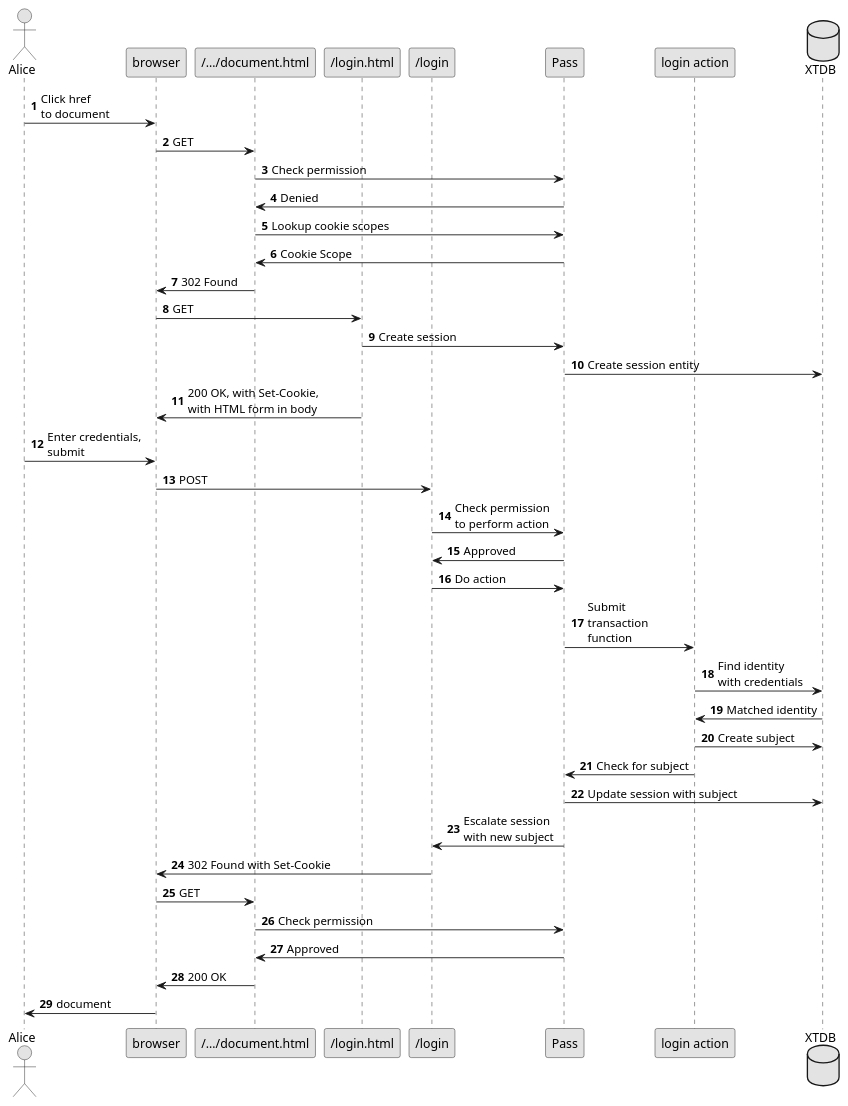
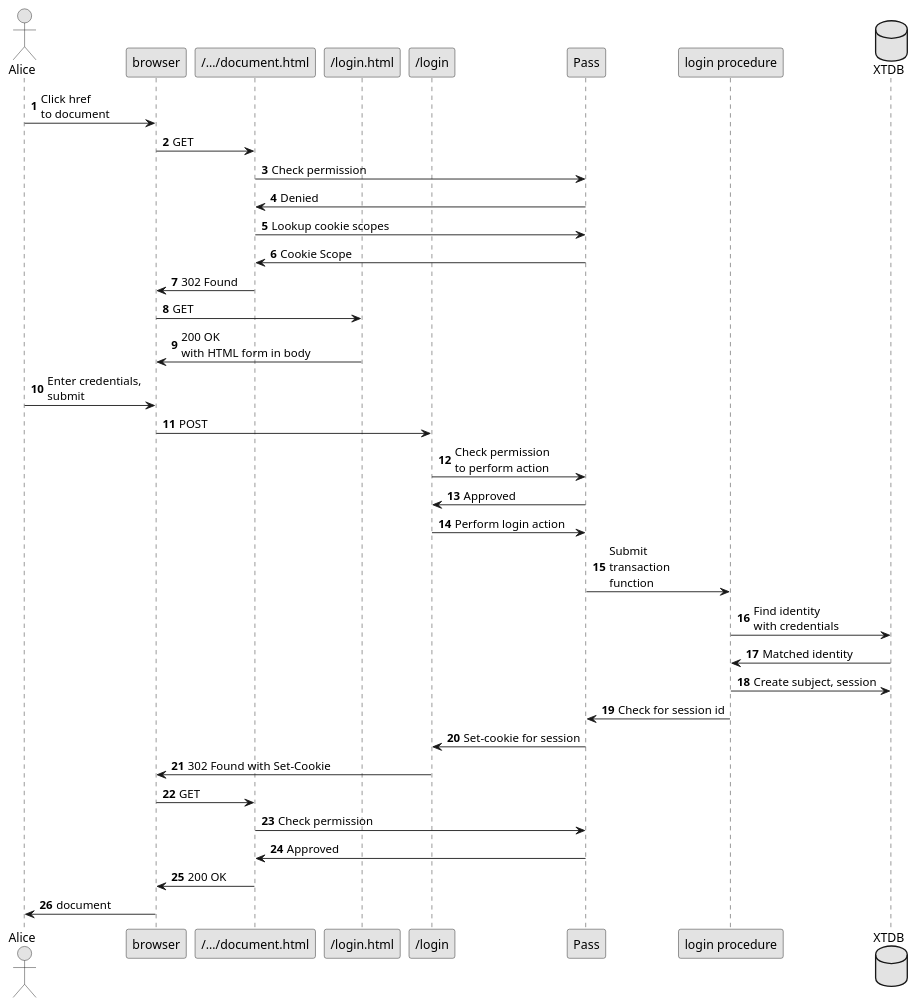
Before and after one commit to juxt/site: the diagram in doc/next/FormBasedAuthentication.adoc, drawn with PlantUML. The commit also changed other lines of this file and 3 other files, not shown here.

Commit message:
Improve form-based login process

```diff
--- a/doc/next/FormBasedAuthentication.adoc
+++ b/doc/next/FormBasedAuthentication.adoc
@@ -38,45 +38,44 @@
 [plantuml,cookie-scope-flow,svg]
 ....
 skinparam monochrome true
 autonumber
 
 actor Alice as user
 participant browser
 
 participant "/…/document.html" as document
 participant "/login.html" as loginform
 participant "/login" as loginhandler
 participant Pass as pass
-participant "login action" as loginaction
+participant "login procedure" as loginproc
 database XTDB
 
 user -> browser: Click href\nto document
 browser -> document: GET
 document -> pass: Check permission
 document <- pass: Denied
 document -> pass: Lookup cookie scopes
 document <- pass: Cookie Scope
 browser <- document: 302 Found
 browser -> loginform: GET
-loginform -> pass: Create session
-pass -> XTDB: Create session entity
-browser <- loginform: 200 OK, with Set-Cookie,\nwith HTML form in body
+' loginform -> pass: Create session
+' pass -> XTDB: Create session entity
+browser <- loginform: 200 OK\nwith HTML form in body
 user -> browser: Enter credentials,\nsubmit
 browser -> loginhandler: POST
 loginhandler -> pass: Check permission\nto perform action
 loginhandler <- pass: Approved
-loginhandler -> pass: Do action
-pass -> loginaction: Submit\ntransaction\nfunction
-loginaction -> XTDB: Find identity\nwith credentials
-loginaction <- XTDB: Matched identity
-loginaction -> XTDB: Create subject
-pass <- loginaction: Check for subject
-pass -> XTDB: Update session with subject
-loginhandler <- pass: Escalate session\nwith new subject
+loginhandler -> pass: Perform login action
+pass -> loginproc: Submit\ntransaction\nfunction
+loginproc -> XTDB: Find identity\nwith credentials
+loginproc <- XTDB: Matched identity
+loginproc -> XTDB: Create subject, session
+pass <- loginproc: Check for session id
+loginhandler <- pass: Set-cookie for session
 browser <- loginhandler: 302 Found with Set-Cookie
 browser -> document: GET
 document -> pass: Check permission
 document <- pass: Approved
 browser <- document: 200 OK
 user <- browser: document
 ....
```
